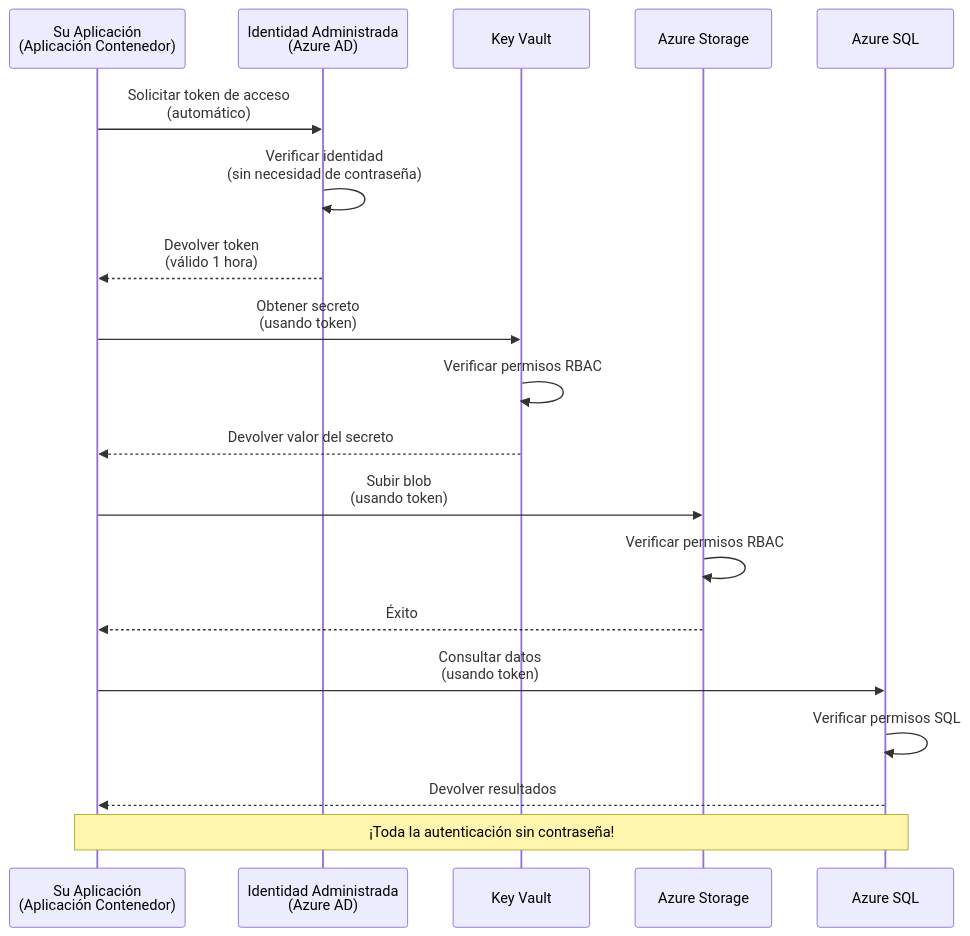
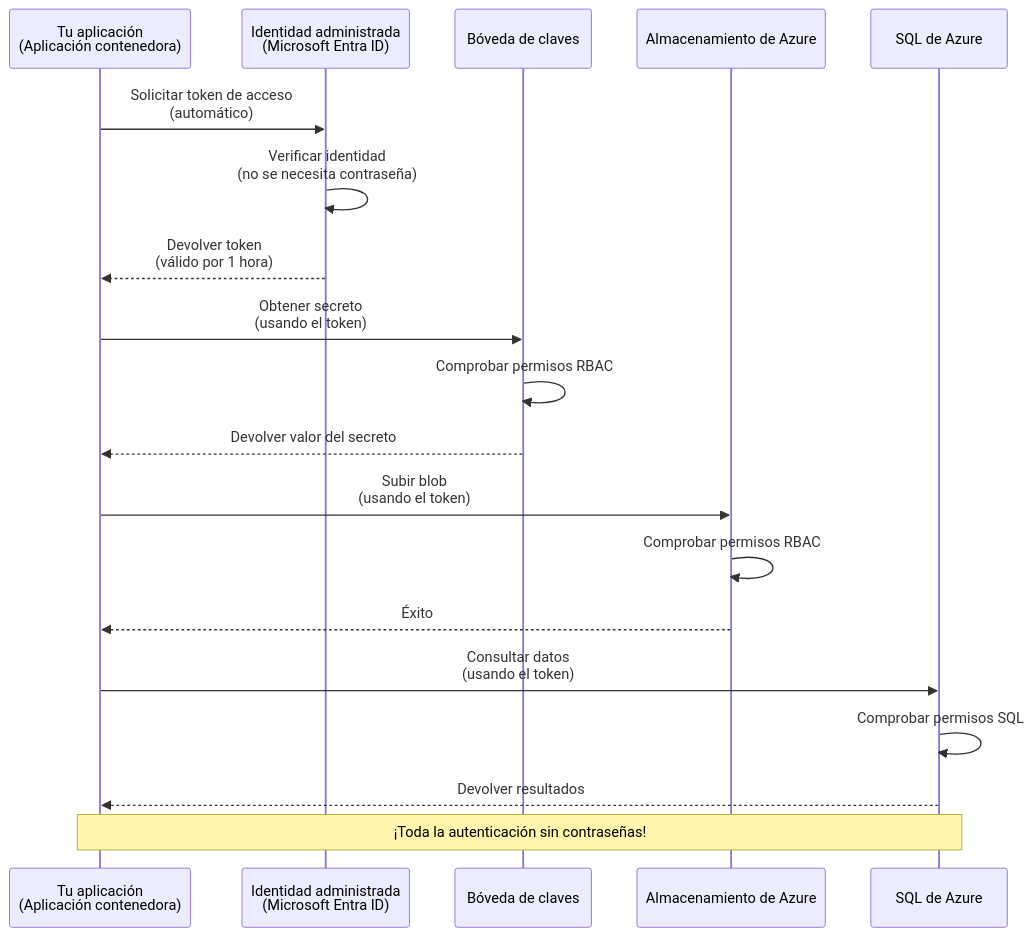
One commit to microsoft/AZD-for-beginners changed the first of 2 diagrams in translations/es/docs/chapter-03-configuration/authsecurity.md. Above: the diagram before and after it, drawn with Mermaid. The commit also changed other lines of this file and 104 other files, not shown here.

````diff
--- a/translations/es/docs/chapter-03-configuration/authsecurity.md
+++ b/translations/es/docs/chapter-03-configuration/authsecurity.md
@@ -69,26 +69,26 @@
 ```mermaid
 sequenceDiagram
-    participant App as Su Aplicación<br/>(Aplicación Contenedor)
-    participant MI as Identidad Administrada<br/>(Azure AD)
-    participant KV as Key Vault
-    participant Storage as Azure Storage
-    participant DB as Azure SQL
+    participant App as Tu aplicación<br/>(Aplicación contenedora)
+    participant MI as Identidad administrada<br/>(Microsoft Entra ID)
+    participant KV as Bóveda de claves
+    participant Storage as Almacenamiento de Azure
+    participant DB as SQL de Azure
     
     App->>MI: Solicitar token de acceso<br/>(automático)
-    MI->>MI: Verificar identidad<br/>(sin necesidad de contraseña)
-    MI-->>App: Devolver token<br/>(válido 1 hora)
+    MI->>MI: Verificar identidad<br/>(no se necesita contraseña)
+    MI-->>App: Devolver token<br/>(válido por 1 hora)
     
-    App->>KV: Obtener secreto<br/>(usando token)
-    KV->>KV: Verificar permisos RBAC
+    App->>KV: Obtener secreto<br/>(usando el token)
+    KV->>KV: Comprobar permisos RBAC
     KV-->>App: Devolver valor del secreto
     
-    App->>Storage: Subir blob<br/>(usando token)
-    Storage->>Storage: Verificar permisos RBAC
+    App->>Storage: Subir blob<br/>(usando el token)
+    Storage->>Storage: Comprobar permisos RBAC
     Storage-->>App: Éxito
     
-    App->>DB: Consultar datos<br/>(usando token)
-    DB->>DB: Verificar permisos SQL
+    App->>DB: Consultar datos<br/>(usando el token)
+    DB->>DB: Comprobar permisos SQL
     DB-->>App: Devolver resultados
     
-    Note over App,DB: ¡Toda la autenticación sin contraseña!
-```  
+    Note over App,DB: ¡Toda la autenticación sin contraseñas!
+```
````
